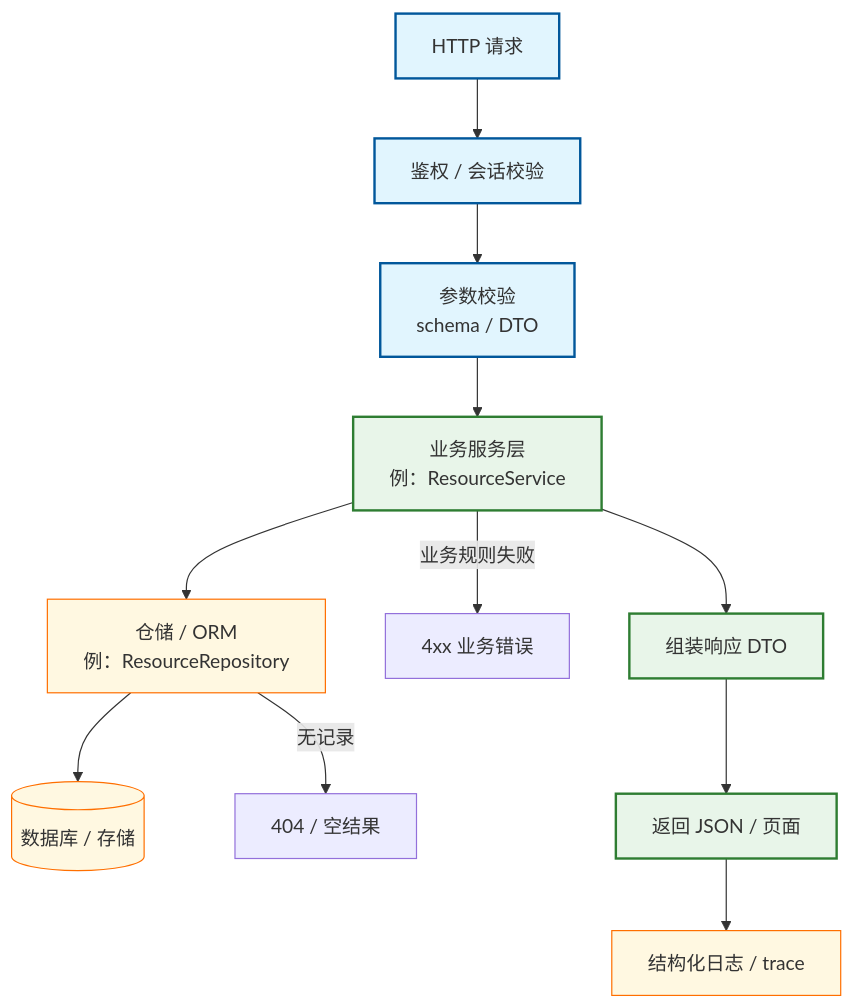
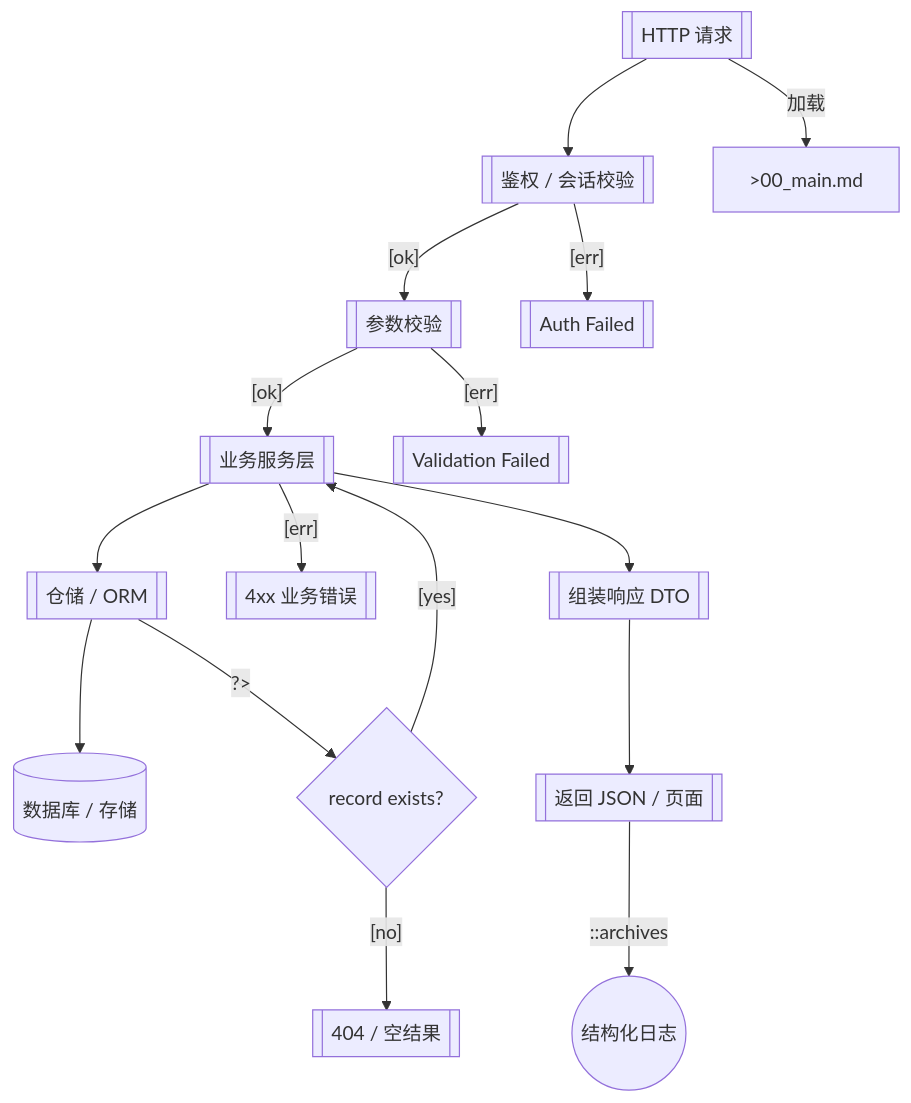
One commit to Cyning12/cyning-harness changed the diagram in graph/templates/10_flow_MAIN.md. Above: the diagram before and after it, drawn with Mermaid. The commit also changed other lines of this file and 10 other files, not shown here.

First line of the commit message:
feat(graph): sync backend YAML-first tech-graph convention to templates

````diff
--- a/graph/templates/10_flow_MAIN.md
+++ b/graph/templates/10_flow_MAIN.md
@@ -7,32 +16,34 @@
 ```mermaid
 flowchart TD
-    %% Entry: 例 GET/POST /api/v1/resource — 替换为真实入口
-
-    %% === 请求阶段 ===
-    IN[HTTP 请求] --> AUTH[鉴权 / 会话校验]
-    AUTH --> VAL[参数校验<br/>schema / DTO]
-    VAL --> SVC[业务服务层<br/>例：ResourceService]
-
-    %% === 数据阶段 ===
-    SVC --> REPO[仓储 / ORM<br/>例：ResourceRepository]
-    REPO --> DB[(数据库 / 存储)]
-
-    REPO -->|无记录| NOTFOUND[404 / 空结果]
-    SVC -->|业务规则失败| BIZERR[4xx 业务错误]
-
-    %% === 响应阶段 ===
-    SVC --> RESP[组装响应 DTO]
-    RESP --> OUT[返回 JSON / 页面]
-
-    %% === 可观测（可选）===
-    OUT --> LOG[结构化日志 / trace]
-
-    %% 样式
-    classDef request fill:#e1f5fe,stroke:#01579b,stroke-width:2px
-    classDef domain fill:#e8f5e9,stroke:#2e7d32,stroke-width:2px
-    classDef data fill:#fff8e1,stroke:#ff6f00,stroke-width:1px
-
-    class IN,AUTH,VAL request
-    class SVC,RESP,OUT domain
-    class REPO,DB,LOG data
+    IN[[HTTP 请求]]
+    AUTH[[鉴权 / 会话校验]]
+    VAL[[参数校验]]
+    SVC[[业务服务层]]
+    ERR_AUTH[[Auth Failed]]
+    ERR_VAL[[Validation Failed]]
+    REPO[[仓储 / ORM]]
+    DB[(数据库 / 存储)]
+    HIT{record exists?}
+    NOTFOUND[[404 / 空结果]]
+    BIZERR[[4xx 业务错误]]
+    RESP[[组装响应 DTO]]
+    OUT[[返回 JSON / 页面]]
+    LOG(( 结构化日志 ))
+    MAIN_DOC[>00_main.md]
+    IN --> AUTH
+    AUTH --"[ok]"--> VAL
+    AUTH --"[err]"--> ERR_AUTH
+    VAL --"[ok]"--> SVC
+    VAL --"[err]"--> ERR_VAL
+    SVC --> REPO
+    REPO --> DB
+    REPO --"?>"--> HIT
+    HIT --"[no]"--> NOTFOUND
+    HIT --"[yes]"--> SVC
+    SVC --"[err]"--> BIZERR
+    SVC --> RESP
+    RESP --> OUT
+    OUT --"::archives"--> LOG
+    IN --"加载"--> MAIN_DOC
+    %% 锚点：见 YAML 源 edges[].anchors
 ```
````
